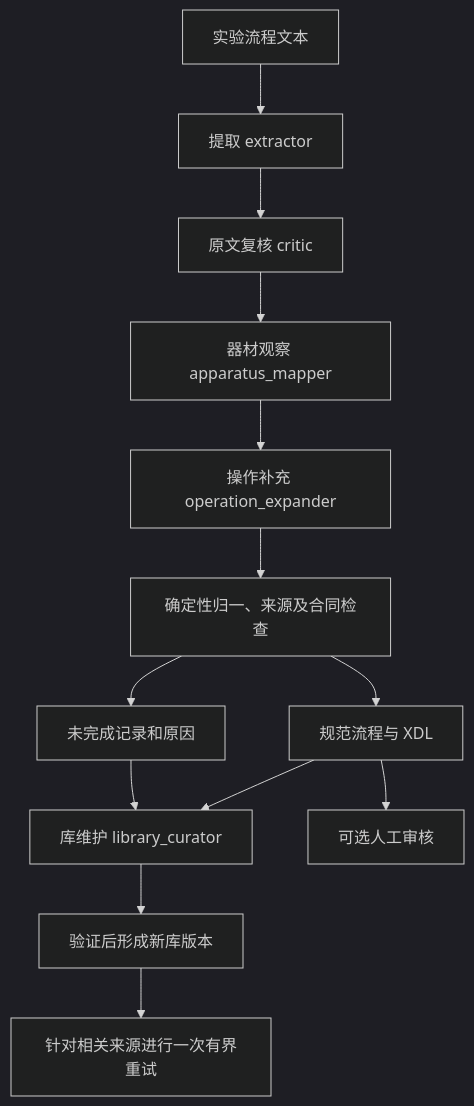
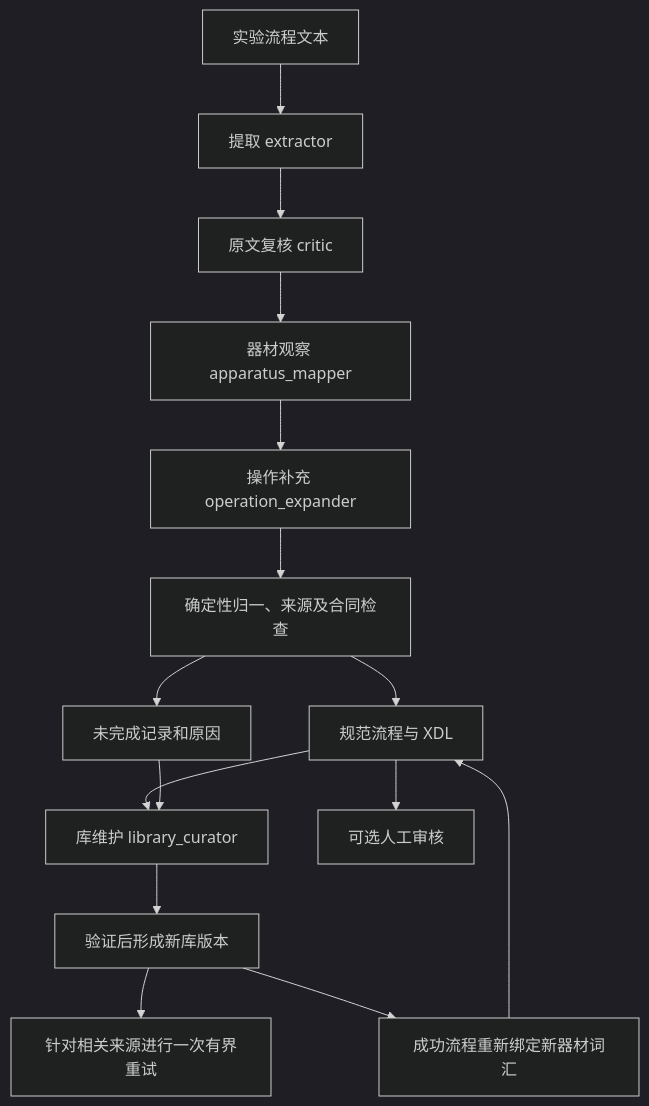
One commit to Novakru/2030-Project changed the diagram in docs/ARCHITECTURE.md. Above: the diagram before and after it, drawn with Mermaid (dark theme). The commit also changed other lines of this file and 35 other files, not shown here.

````diff
--- a/docs/ARCHITECTURE.md
+++ b/docs/ARCHITECTURE.md
@@ -5,15 +5,17 @@
 ```mermaid
 flowchart TD
   T[实验流程文本] --> E[提取 extractor]
   E --> C[原文复核 critic]
   C --> M[器材观察 apparatus_mapper]
   M --> X[操作补充 operation_expander]
   X --> N[确定性归一、来源及合同检查]
   N --> O[规范流程与 XDL]
   N --> U[未完成记录和原因]
   O --> L[库维护 library_curator]
   U --> L
   L --> V[验证后形成新库版本]
   V --> R[针对相关来源进行一次有界重试]
+  V --> B[成功流程重新绑定新器材词汇]
+  B --> O
   O --> A[可选人工审核]
 ```
````
